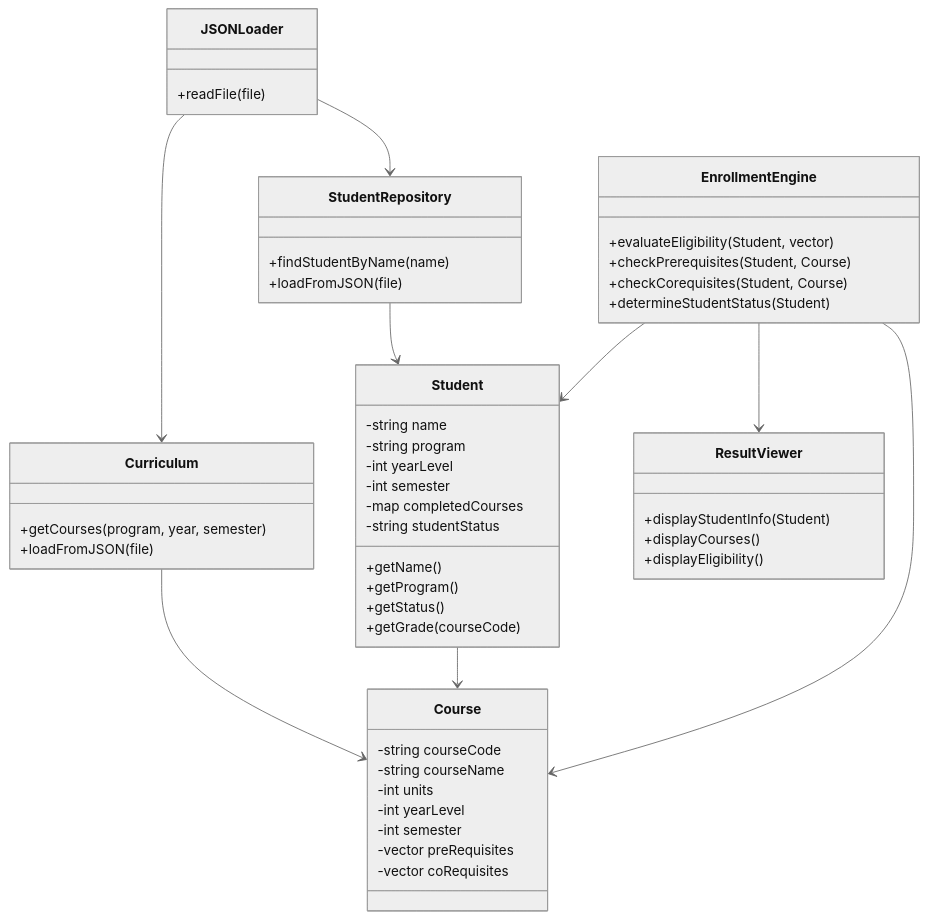
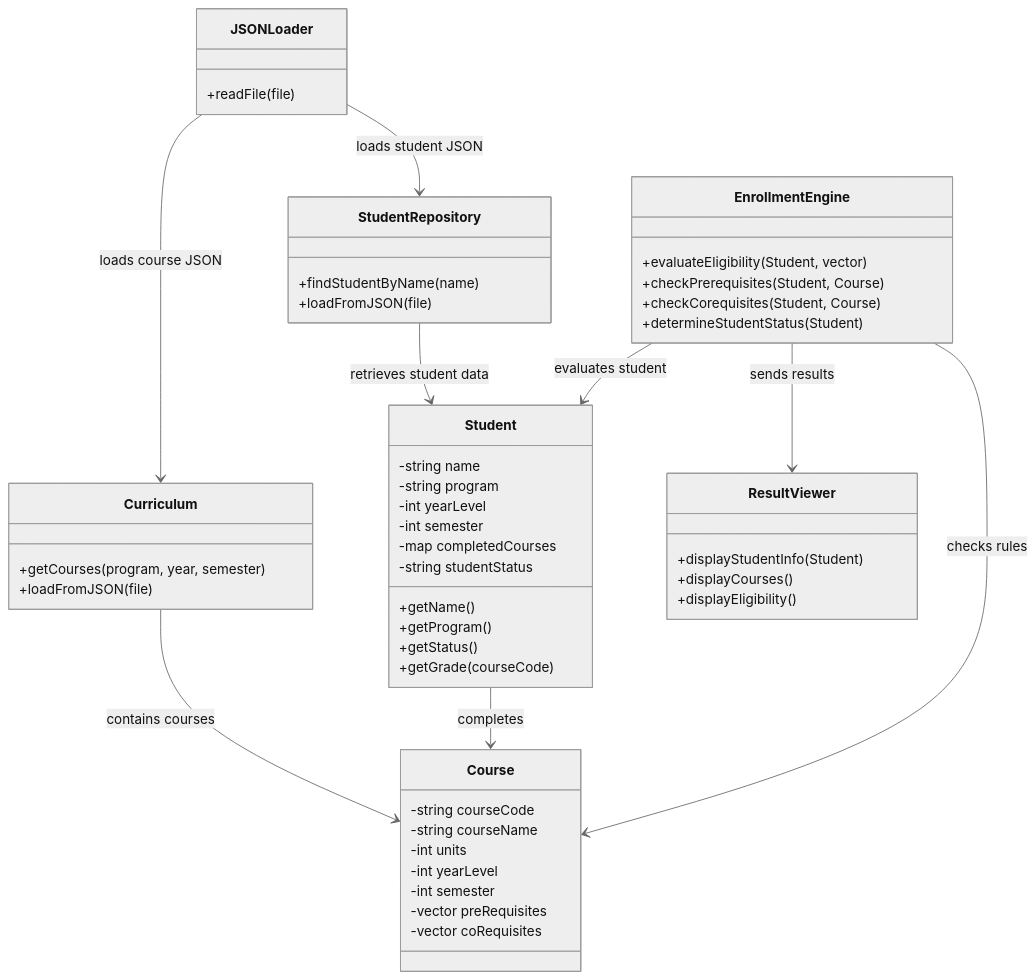
One commit to BSCpE-2-Software-Design/EduNexus changed the first of 2 diagrams in README.md. Above: the diagram before and after it, drawn with Mermaid (neutral theme). The commit also changed other lines of this file, not shown here.

````diff
--- a/README.md
+++ b/README.md
@@ -2,64 +4,64 @@
 ``` mermaid
 classDiagram
 
 class Student {
   -string name
   -string program
   -int yearLevel
   -int semester
   -map<string, double> completedCourses
   -string studentStatus
   +getName()
   +getProgram()
   +getStatus()
   +getGrade(courseCode)
 }
 
 class Course {
   -string courseCode
   -string courseName
   -int units
   -int yearLevel
   -int semester
   -vector<string> preRequisites
   -vector<string> coRequisites
 }
 
 class StudentRepository {
   +findStudentByName(name)
   +loadFromJSON(file)
 }
 
 class Curriculum {
   +getCourses(program, year, semester)
   +loadFromJSON(file)
 }
 
 class JSONLoader {
   +readFile(file)
 }
 
 class EnrollmentEngine {
   +evaluateEligibility(Student, vector<Course>)
   +checkPrerequisites(Student, Course)
   +checkCorequisites(Student, Course)
   +determineStudentStatus(Student)
 }
 
 class ResultViewer {
   +displayStudentInfo(Student)
   +displayCourses()
   +displayEligibility()
 }
 
-StudentRepository --> Student
-JSONLoader --> StudentRepository
-JSONLoader --> Curriculum
+StudentRepository --> Student : retrieves student data
+JSONLoader --> StudentRepository : loads student JSON
+JSONLoader --> Curriculum : loads course JSON
 
-Curriculum --> Course
-Student --> Course
+Curriculum --> Course : contains courses
+Student --> Course : completes
 
-EnrollmentEngine --> Student
-EnrollmentEngine --> Course
-EnrollmentEngine --> ResultViewer
+EnrollmentEngine --> Student : evaluates student
+EnrollmentEngine --> Course : checks rules
+EnrollmentEngine --> ResultViewer : sends results
 ```
````
